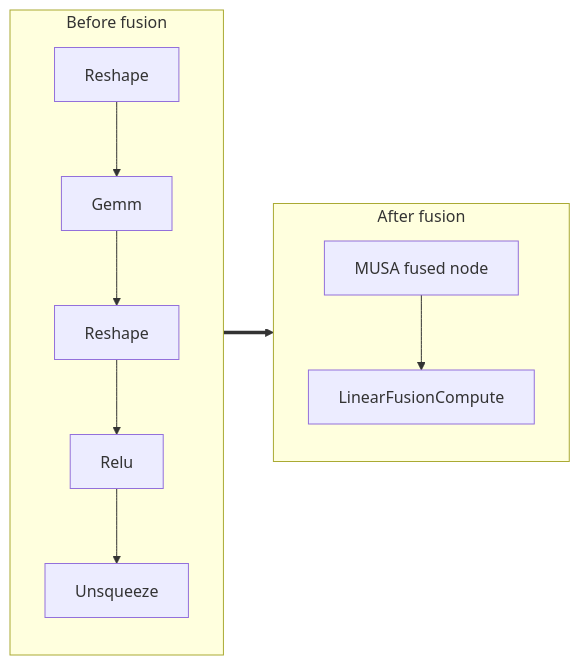
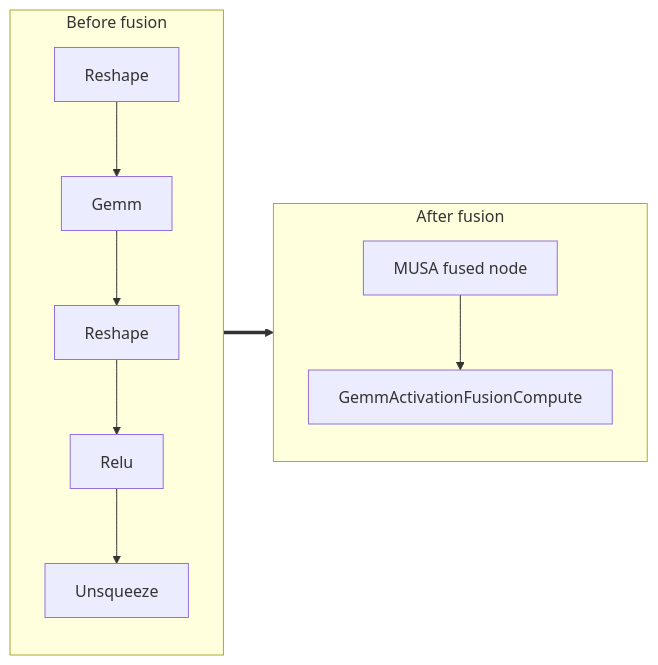
Before and after one commit to MooreThreads/onnxruntime-musa: the diagram in musa/docs/fusion/gemm_activation.md, drawn with Mermaid. The commit also changed other lines of this file and 45 other files, not shown here.

````diff
--- a/musa/docs/fusion/gemm_activation.md
+++ b/musa/docs/fusion/gemm_activation.md
@@ -24,20 +24,20 @@
 ```mermaid
 flowchart LR
   subgraph Before[Before fusion]
     B0["Reshape"]
     B1["Gemm"]
     B2["Reshape"]
     B3["Relu"]
     B4["Unsqueeze"]
     B0 --> B1
     B1 --> B2
     B2 --> B3
     B3 --> B4
   end
   subgraph After[After fusion]
     A0["MUSA fused node"]
-    A1["LinearFusionCompute"]
+    A1["GemmActivationFusionCompute"]
     A0 --> A1
   end
   Before ==> After
 ```
````
